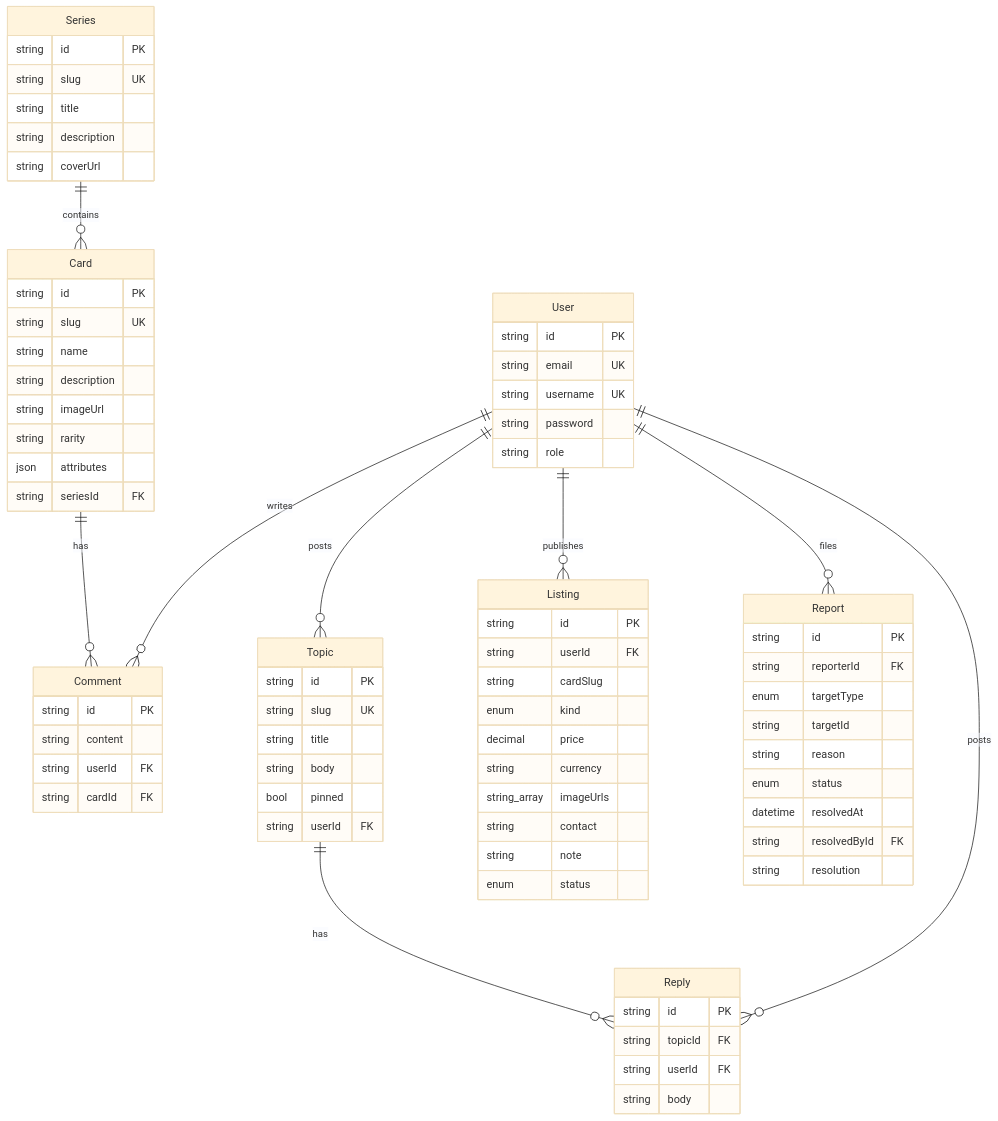
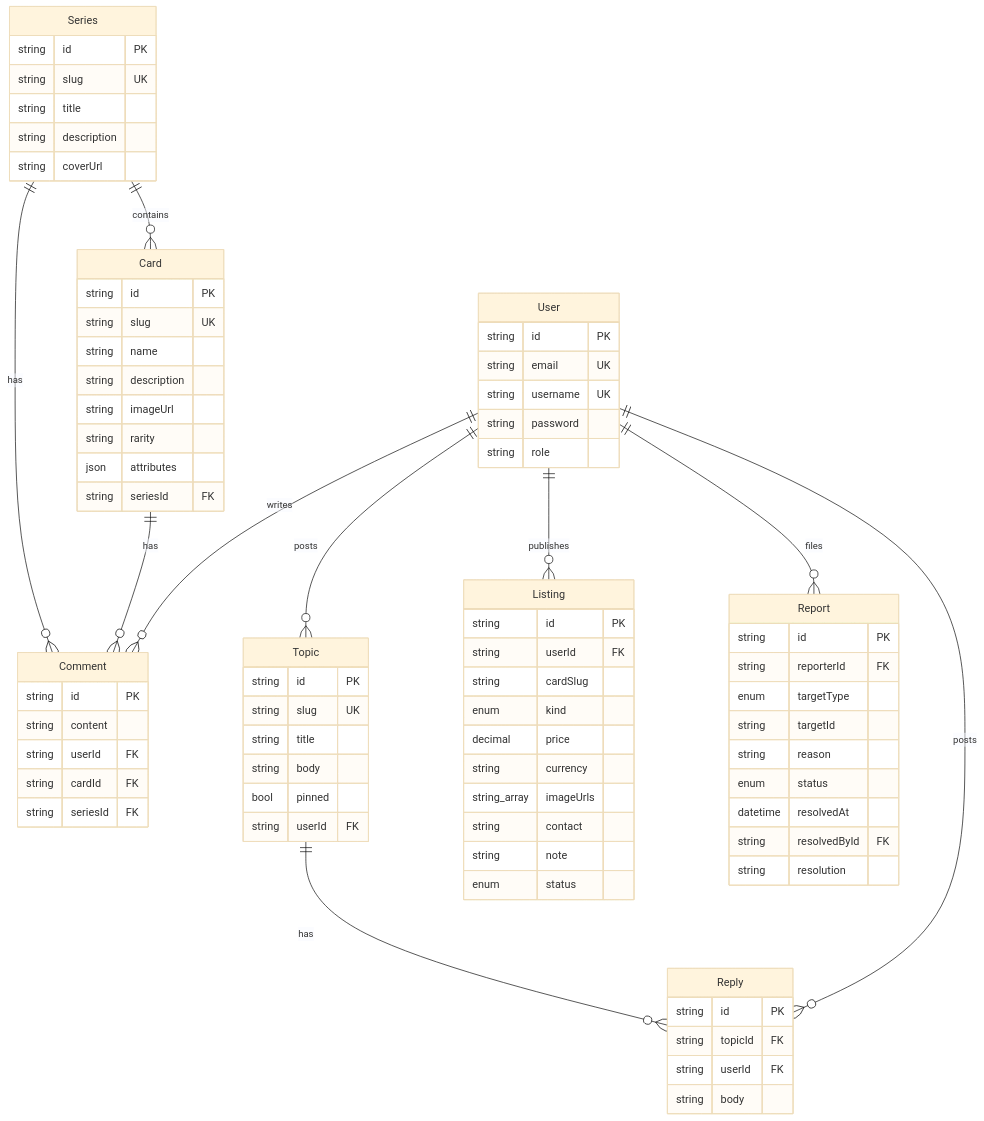
Before and after one commit to xv-jiaqi/multi-apps: the diagram in docs/Cardhub/feature-inventory.md, drawn with Mermaid (base theme). The commit also changed other lines of this file and 12 other files, not shown here.

````diff
--- a/docs/Cardhub/feature-inventory.md
+++ b/docs/Cardhub/feature-inventory.md
@@ -223,79 +225,81 @@
 ```mermaid
 erDiagram
   User ||--o{ Comment : writes
   User ||--o{ Topic : posts
   User ||--o{ Reply : posts
   User ||--o{ Listing : publishes
   User ||--o{ Report : files
   Series ||--o{ Card : contains
   Card ||--o{ Comment : has
+  Series ||--o{ Comment : has
   Topic ||--o{ Reply : has
 
   User {
     string id PK
     string email UK
     string username UK
     string password
     string role
   }
   Series {
     string id PK
     string slug UK
     string title
     string description
     string coverUrl
   }
   Card {
     string id PK
     string slug UK
     string name
     string description
     string imageUrl
     string rarity
     json attributes
     string seriesId FK
   }
   Comment {
     string id PK
     string content
     string userId FK
     string cardId FK
+    string seriesId FK
   }
   Topic {
     string id PK
     string slug UK
     string title
     string body
     bool pinned
     string userId FK
   }
   Reply {
     string id PK
     string topicId FK
     string userId FK
     string body
   }
   Listing {
     string id PK
     string userId FK
     string cardSlug
     enum kind
     decimal price
     string currency
     string_array imageUrls
     string contact
     string note
     enum status
   }
   Report {
     string id PK
     string reporterId FK
     enum targetType
     string targetId
     string reason
     enum status
     datetime resolvedAt
     string resolvedById FK
     string resolution
   }
 ```
````
